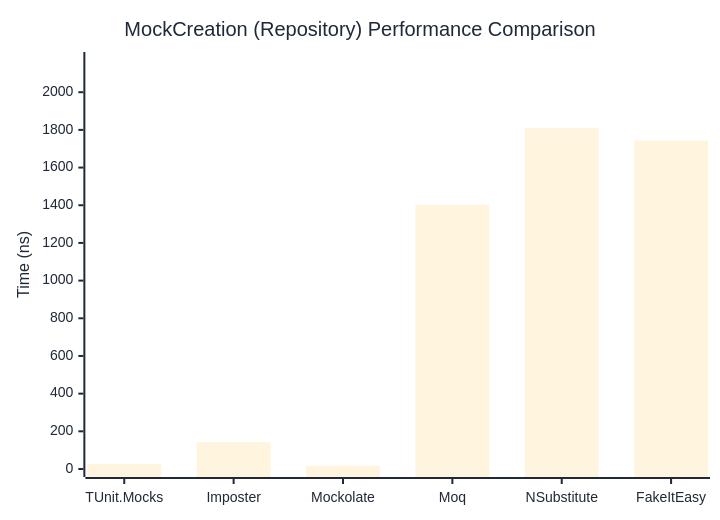
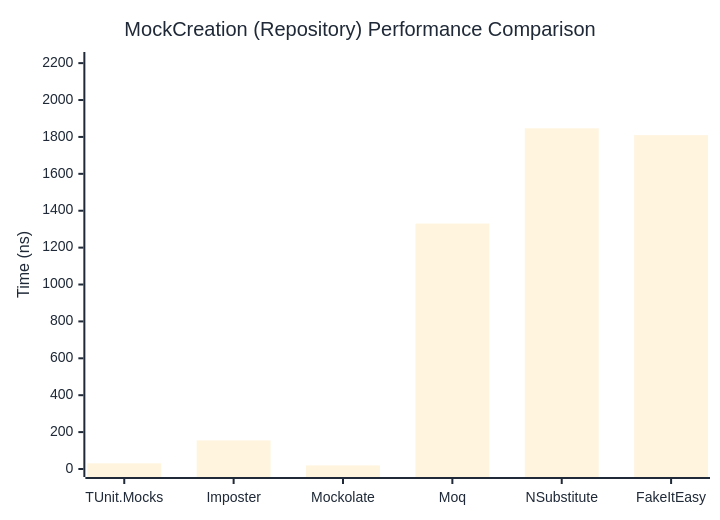
The second of 2 diagrams in docs/docs/benchmarks/mocks/MockCreation.md (thomhurst/TUnit), drawn with Mermaid before and after one commit. The commit also changed other lines of this file and 14 other files, not shown here.

````diff
--- a/docs/docs/benchmarks/mocks/MockCreation.md
+++ b/docs/docs/benchmarks/mocks/MockCreation.md
@@ -71,27 +71,27 @@
 ```mermaid
 %%{init: {
   'theme':'base',
   'themeVariables': {
     'primaryColor': '#2563eb',
     'primaryTextColor': '#1f2937',
     'primaryBorderColor': '#1e40af',
     'lineColor': '#6b7280',
     'secondaryColor': '#7c3aed',
     'tertiaryColor': '#dc2626',
     'background': '#ffffff',
     'pie1': '#2563eb',
     'pie2': '#7c3aed',
     'pie3': '#dc2626',
     'pie4': '#f59e0b',
     'pie5': '#10b981',
     'pie6': '#06b6d4',
     'pie7': '#ec4899',
     'pie8': '#6366f1'
   }
 }}%%
 xychart-beta
   title "MockCreation (Repository) Performance Comparison"
   x-axis ["TUnit.Mocks", "Imposter", "Mockolate", "Moq", "NSubstitute", "FakeItEasy"]
-  y-axis "Time (ns)" 0 --> 2171
-  bar [27.85, 143.62, 17.29, 1403.09, 1808.71, 1743.17]
+  y-axis "Time (ns)" 0 --> 2217
+  bar [30.81, 154.92, 19.49, 1330.23, 1846.78, 1809.61]
 ```
````
